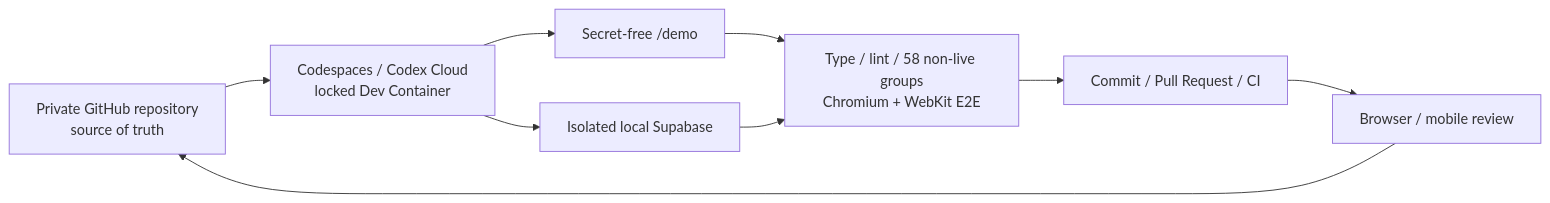
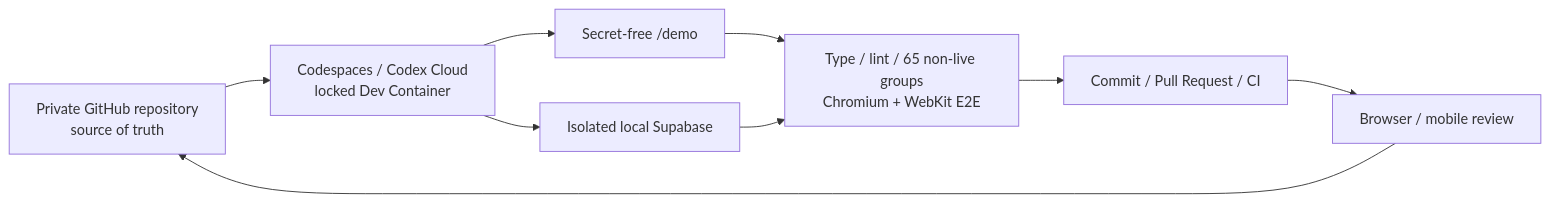
One commit to genellect/compass-interactive changed the first of 2 diagrams in README.md. Above: the diagram before and after it, drawn with Mermaid. The commit also changed other lines of this file and 46 other files, not shown here.

````diff
--- a/README.md
+++ b/README.md
@@ -109,11 +109,11 @@
 ```mermaid
 flowchart LR
     GitHub["Private GitHub repository\nsource of truth"] --> Workspace["Codespaces / Codex Cloud\nlocked Dev Container"]
     Workspace --> Demo["Secret-free /demo"]
     Workspace --> Local["Isolated local Supabase"]
-    Demo --> Gate["Type / lint / 58 non-live groups\nChromium + WebKit E2E"]
+    Demo --> Gate["Type / lint / 65 non-live groups\nChromium + WebKit E2E"]
     Local --> Gate
     Gate --> PR["Commit / Pull Request / CI"]
     PR --> Review["Browser / mobile review"]
     Review --> GitHub
 ```
````
